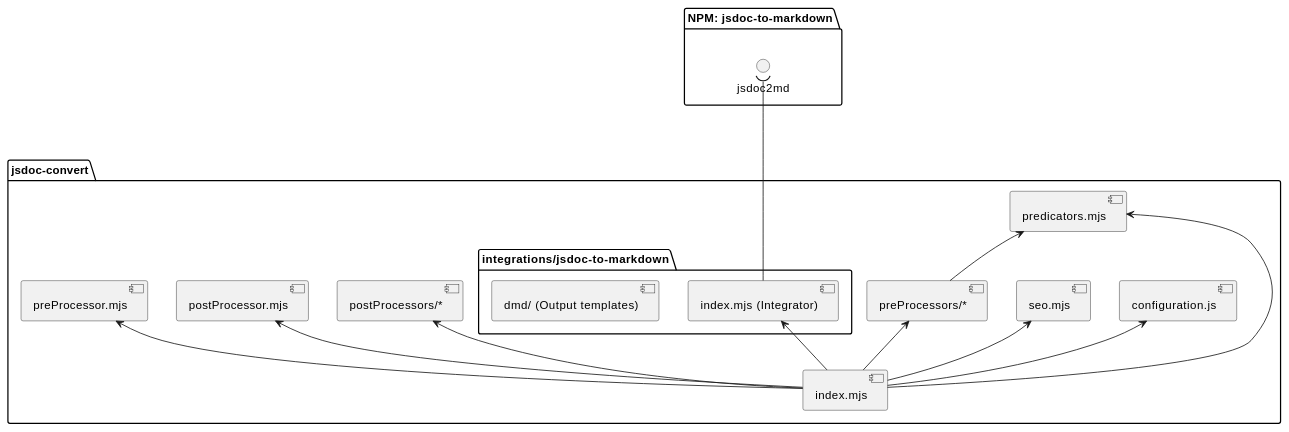
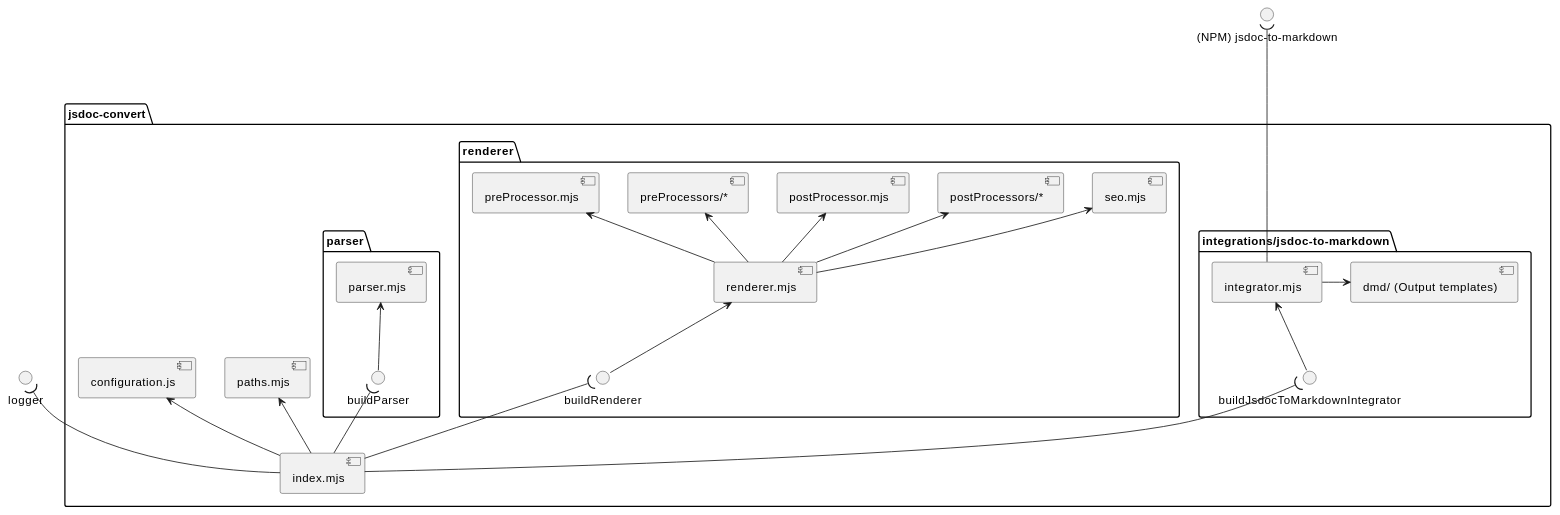
One commit to handsontable/handsontable changed the diagram in docs/.vuepress/tools/jsdoc-convert/README.md. Above: the diagram before and after it, drawn with PlantUML. The commit also changed other lines of this file and 21 other files, not shown here.

Commit message:
Extract modules for parser and renderer. That makes main file (index.mjs) much more manageable. Extract two postProcessors to own files. Move logic outside indexes, because they are module's API. Update dependency-flow.png

````diff
--- a/docs/.vuepress/tools/jsdoc-convert/README.md
+++ b/docs/.vuepress/tools/jsdoc-convert/README.md
@@ -37,41 +37,62 @@
 ```plantuml
 @startuml
- package "NPM: jsdoc-to-markdown" {
-    interface jsdoc2md
- }
+
+interface "(NPM) jsdoc-to-markdown"
+interface "logger"
 
 package "jsdoc-convert" {
   package "integrations/jsdoc-to-markdown" {
     [dmd/ (Output templates)]
-    [index.mjs (Integrator)]
+    [integrator.mjs]
+    interface buildJsdocToMarkdownIntegrator
   }
   
-  [preProcessor.mjs]
-  [preProcessors/*]
-  
-  [postProcessor.mjs]
-  [postProcessors/*]
-  
-  [predicators.mjs]
-  [seo.mjs]
+  package "renderer" {
+    [preProcessor.mjs]
+    [preProcessors/*]
+    
+    [postProcessor.mjs]
+    [postProcessors/*]
+    
+    [seo.mjs]
+    
+    [renderer.mjs]
+    
+    interface buildRenderer
+  }
+  package "parser" {
+    [parser.mjs]
+    
+    interface buildParser
+  }  
+ 
   
   [configuration.js]
+  [paths.mjs]
+
   [index.mjs]
 }
 
-[index.mjs (Integrator)] --up--( [jsdoc2md]
-[preProcessors/*] -up-> [predicators.mjs]
+[integrator.mjs] --up--( [(NPM) jsdoc-to-markdown]
+buildJsdocToMarkdownIntegrator -up-> [integrator.mjs]
+[integrator.mjs] -right->  [dmd/ (Output templates)]
 
-[index.mjs] -up-> [index.mjs (Integrator)]
-[index.mjs] -up-> [preProcessor.mjs]
-[index.mjs] -up-> [preProcessors/*]
-[index.mjs] -up-> [postProcessor.mjs]
-[index.mjs] -up-> [postProcessors/*]
 
-[index.mjs] -up-> [predicators.mjs]
-[index.mjs] -up-> [seo.mjs]
+[renderer.mjs] -up-> [preProcessor.mjs]
+[renderer.mjs] -up-> [preProcessors/*]
+[renderer.mjs] -up-> [postProcessor.mjs]
+[renderer.mjs] -up-> [postProcessors/*]
+[renderer.mjs] -up-> [seo.mjs]
+buildRenderer -up-> [renderer.mjs]
 
+buildParser -up-> [parser.mjs]
+
+[index.mjs] -up-( buildJsdocToMarkdownIntegrator
+[index.mjs] -up-( buildRenderer
+[index.mjs] -up-( buildParser
+[index.mjs] -up-( logger
 [index.mjs] -up-> [configuration.js]
+[index.mjs] -up-> [paths.mjs]
 
 @enduml
 ```
````
